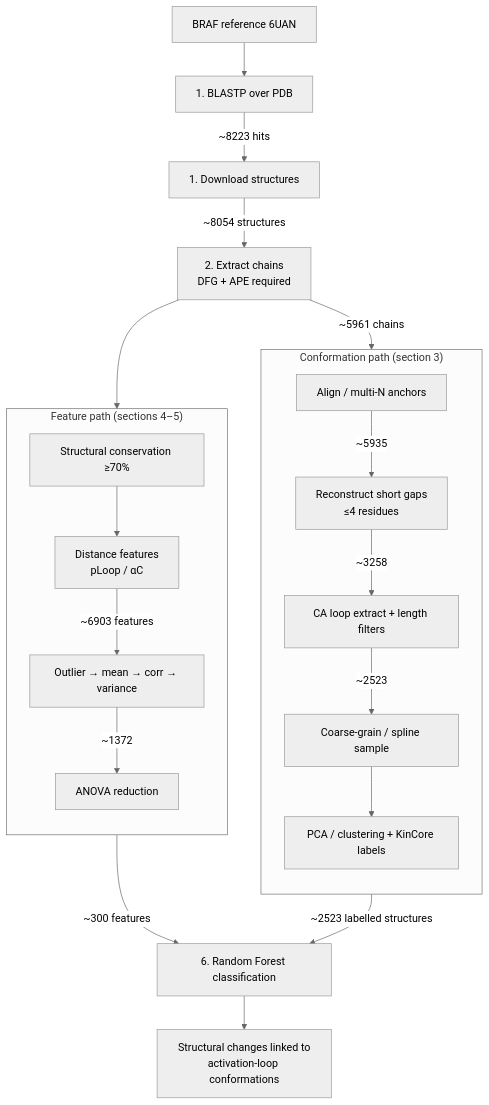
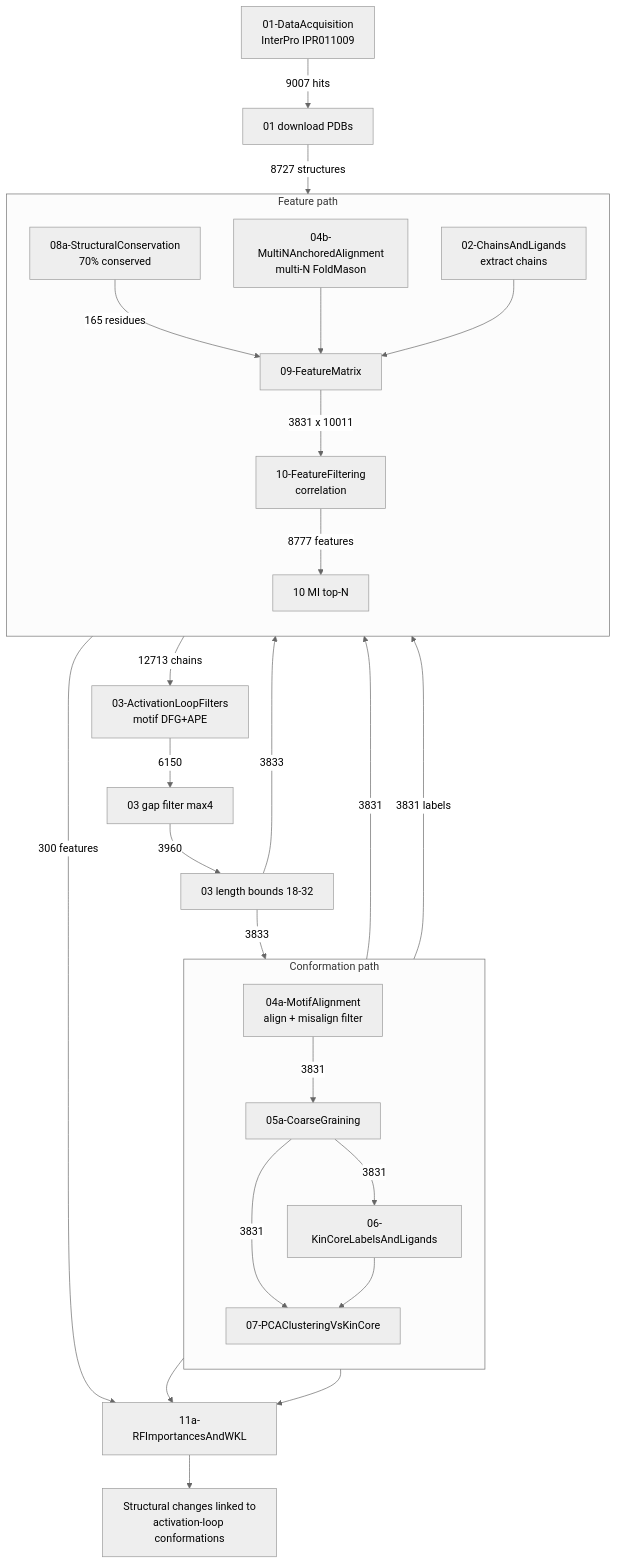
The diagram in README.md (meyresearch/BRAF), drawn with Mermaid (neutral theme) before and after one commit. The commit also changed other lines of this file, not shown here.

Commit message:
Document actual workflowAugust2026 pipeline topology and run counts in the README Mermaid.

````diff
--- a/README.md
+++ b/README.md
@@ -15,41 +15,34 @@
 ```mermaid
 flowchart TB
-  ref["BRAF reference 6UAN"]
-  blast["1. BLASTP over PDB"]
-  dl["1. Download structures"]
-  chains["2. Extract chains<br/>DFG + APE required"]
+  N01["01-DataAcquisition<br/>InterPro IPR011009"] -->|"9007 hits"| N01b["01 download PDBs"]
+  N01b -->|"8727 structures"| N02["02-ChainsAndLigands<br/>extract chains"]
+  N02 -->|"12713 chains"| N03["03-ActivationLoopFilters<br/>motif DFG+APE"]
+  N03 -->|"6150"| N03g["03 gap filter max4"]
+  N03g -->|"3960"| N03b["03 length bounds 18-32"]
+  N03b -->|"3833"| N04a["04a-MotifAlignment<br/>align + misalign filter"]
+  N03b -->|"3833"| N04b["04b-MultiNAnchoredAlignment<br/>multi-N FoldMason"]
 
-  ref --> blast
-  blast -->|"~8223 hits"| dl
-  dl -->|"~8054 structures"| chains
-  chains -->|"~5961 chains"| align
-  chains --> cons
-
-  subgraph confPath ["Conformation path (section 3)"]
+  subgraph confPath ["Conformation path"]
     direction TB
-    align["Align / multi-N anchors"]
-    recon["Reconstruct short gaps<br/>≤4 residues"]
-    ca["CA loop extract + length filters"]
-    cg["Coarse-grain / spline sample"]
-    dr["PCA / clustering + KinCore labels"]
-    align -->|"~5935"| recon
-    recon -->|"~3258"| ca
-    ca -->|"~2523"| cg
-    cg --> dr
+    N04a -->|"3831"| N05a["05a-CoarseGraining"]
+    N05a -->|"3831"| N06["06-KinCoreLabelsAndLigands"]
+    N05a -->|"3831"| N07["07-PCAClusteringVsKinCore"]
+    N06 --> N07
   end
 
-  subgraph featPath ["Feature path (sections 4–5)"]
+  subgraph featPath ["Feature path"]
     direction TB
-    cons["Structural conservation ≥70%"]
-    feat["Distance features<br/>pLoop / αC"]
-    filt["Outlier → mean → corr → variance"]
-    anova["ANOVA reduction"]
-    cons --> feat
-    feat -->|"~6903 features"| filt
-    filt -->|"~1372"| anova
+    N04a -->|"3831"| N08a["08a-StructuralConservation<br/>70% conserved"]
+    N08a -->|"165 residues"| N09["09-FeatureMatrix"]
+    N04b --> N09
+    N07 -->|"3831 labels"| N09
+    N02 --> N09
+    N09 -->|"3831 x 10011"| N10["10-FeatureFiltering<br/>correlation"]
+    N10 -->|"8777 features"| N10mi["10 MI top-N"]
   end
 
-  dr -->|"~2523 labelled structures"| rf["6. Random Forest classification"]
-  anova -->|"~300 features"| rf
-  rf --> out["Structural changes linked to<br/>activation-loop conformations"]
+  N10mi -->|"300 features"| N11a["11a-RFImportancesAndWKL"]
+  N07 --> N11a
+  N06 --> N11a
+  N11a --> out["Structural changes linked to<br/>activation-loop conformations"]
 ```
````
